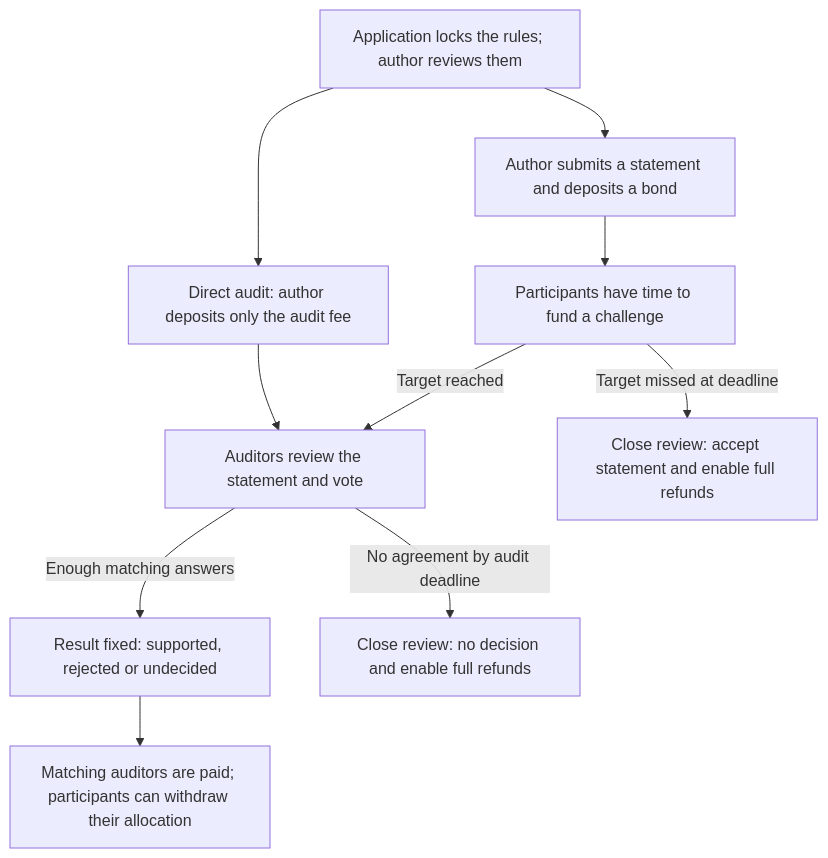
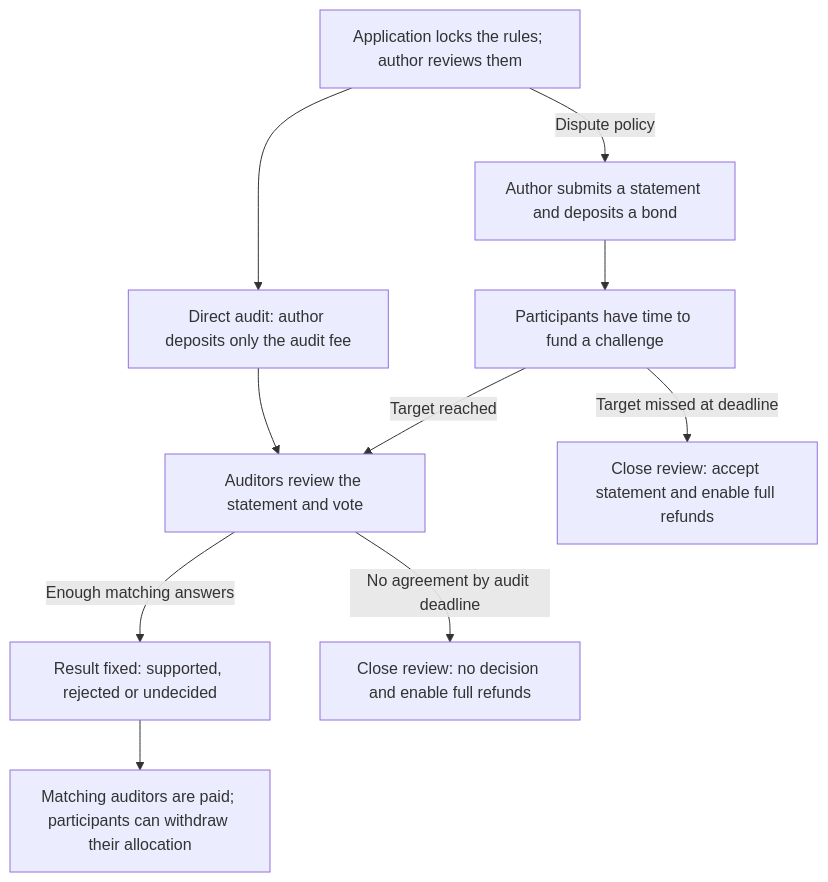
Before and after one commit to binqbit/tekmerion: the first of 3 diagrams in docs/how-it-works.md, drawn with Mermaid. The commit also changed other lines of this file and 20 other files, not shown here.

````diff
--- a/docs/how-it-works.md
+++ b/docs/how-it-works.md
@@ -11,12 +16,12 @@
 ```mermaid
 flowchart TD
     Rules["Application locks the rules; author reviews them"] --> Direct["Direct audit: author deposits only the audit fee"]
     Direct --> Audit
-    Rules --> Author["Author submits a statement and deposits a bond"]
+    Rules -->|"Dispute policy"| Author["Author submits a statement and deposits a bond"]
     Author --> Challenge["Participants have time to fund a challenge"]
     Challenge -->|"Target reached"| Audit["Auditors review the statement and vote"]
     Challenge -->|"Target missed at deadline"| Accepted["Close review: accept statement and enable full refunds"]
     Audit -->|"Enough matching answers"| Decision["Result fixed: supported, rejected or undecided"]
     Audit -->|"No agreement by audit deadline"| Timeout["Close review: no decision and enable full refunds"]
     Decision --> Payout["Matching auditors are paid; participants can withdraw their allocation"]
 ```
````
